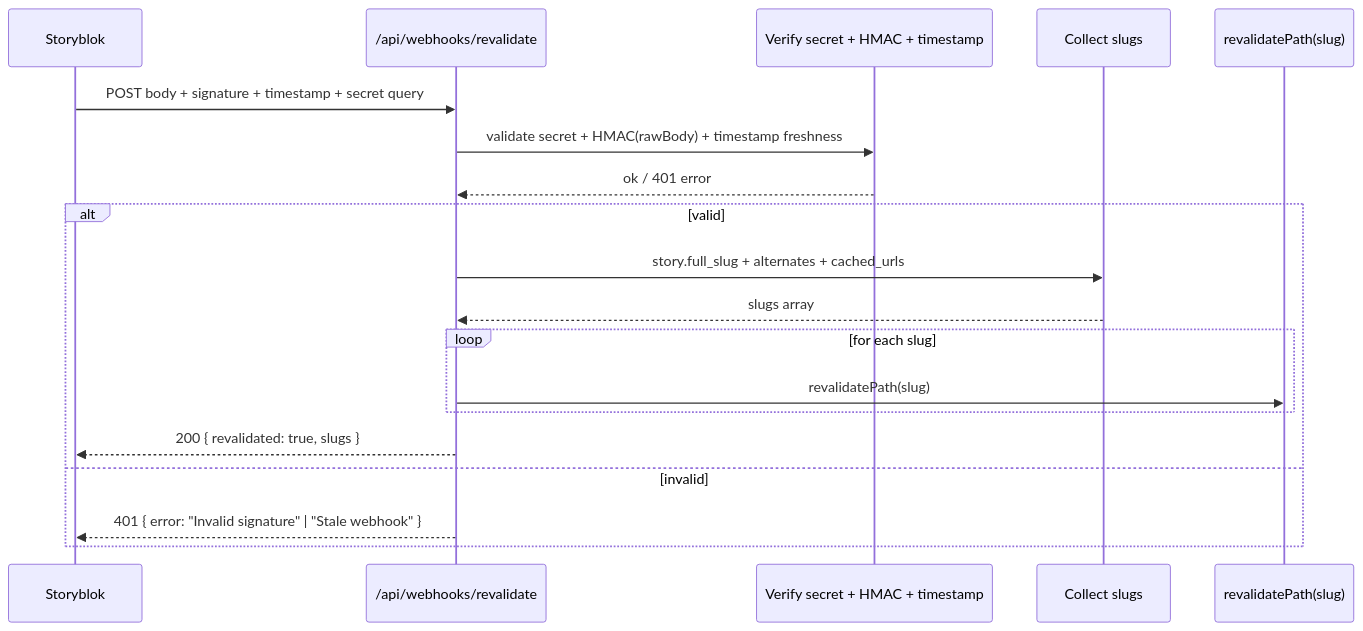
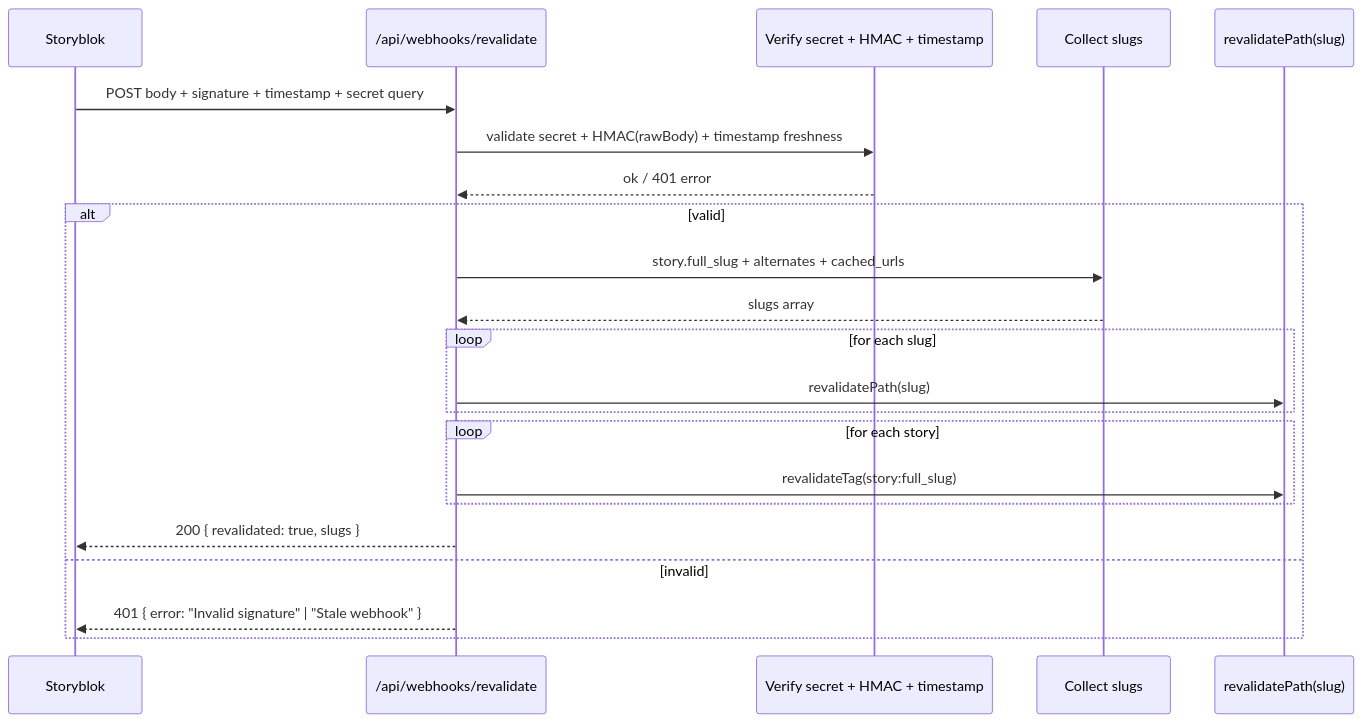
The diagram in docs/reference/webhook-revalidate.md (songam-su/storyblok-nextjs-mantine-demo), drawn with Mermaid before and after one commit. The commit also changed other lines of this file and 106 other files, not shown here.

````diff
--- a/docs/reference/webhook-revalidate.md
+++ b/docs/reference/webhook-revalidate.md
@@ -12,22 +21,25 @@
 ```mermaid
 sequenceDiagram
   participant SB as Storyblok
   participant API as /api/webhooks/revalidate
   participant Guard as Verify secret + HMAC + timestamp
   participant Collect as Collect slugs
   participant Cache as revalidatePath(slug)
 
   SB->>API: POST body + signature + timestamp + secret query
   API->>Guard: validate secret + HMAC(rawBody) + timestamp freshness
   Guard-->>API: ok / 401 error
   alt valid
     API->>Collect: story.full_slug + alternates + cached_urls
     Collect-->>API: slugs array
     loop for each slug
       API->>Cache: revalidatePath(slug)
     end
+    loop for each story
+      API->>Cache: revalidateTag(story:full_slug)
+    end
     API-->>SB: 200 { revalidated: true, slugs }
   else invalid
     API-->>SB: 401 { error: "Invalid signature" | "Stale webhook" }
   end
 ```
````
